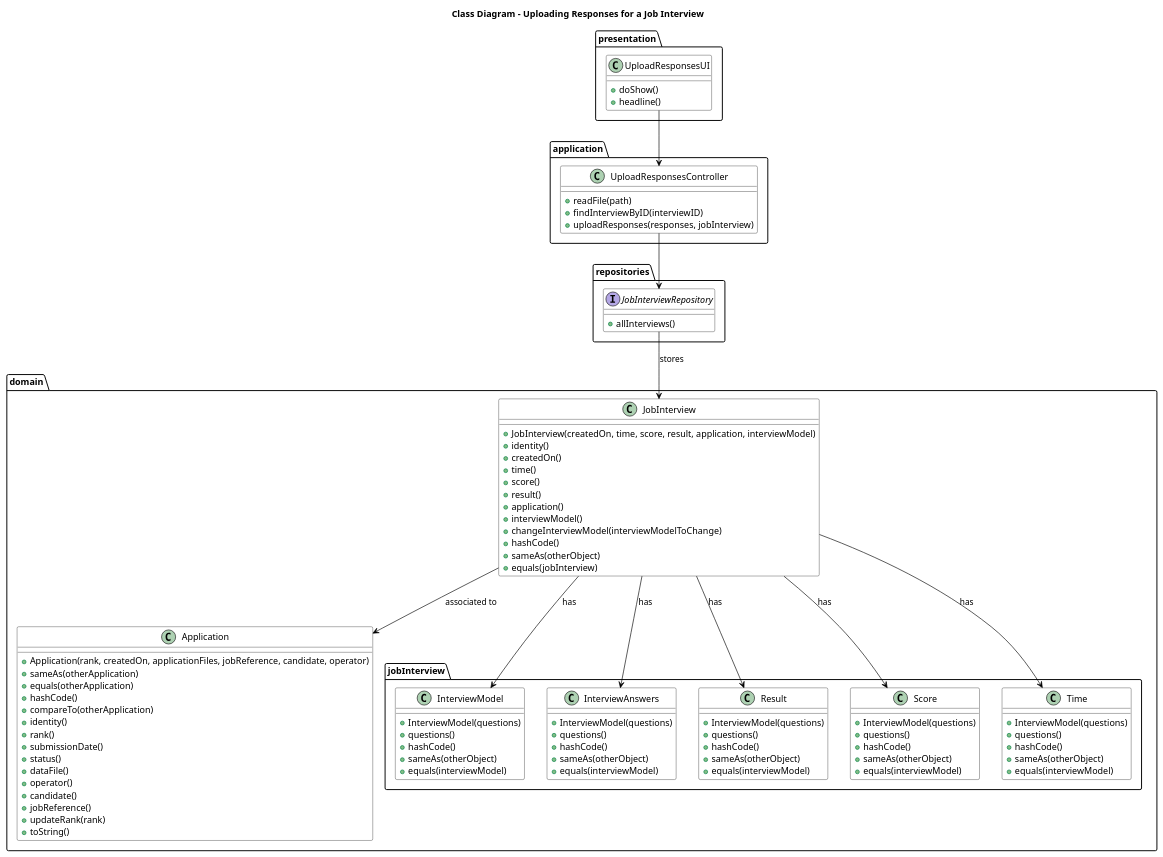
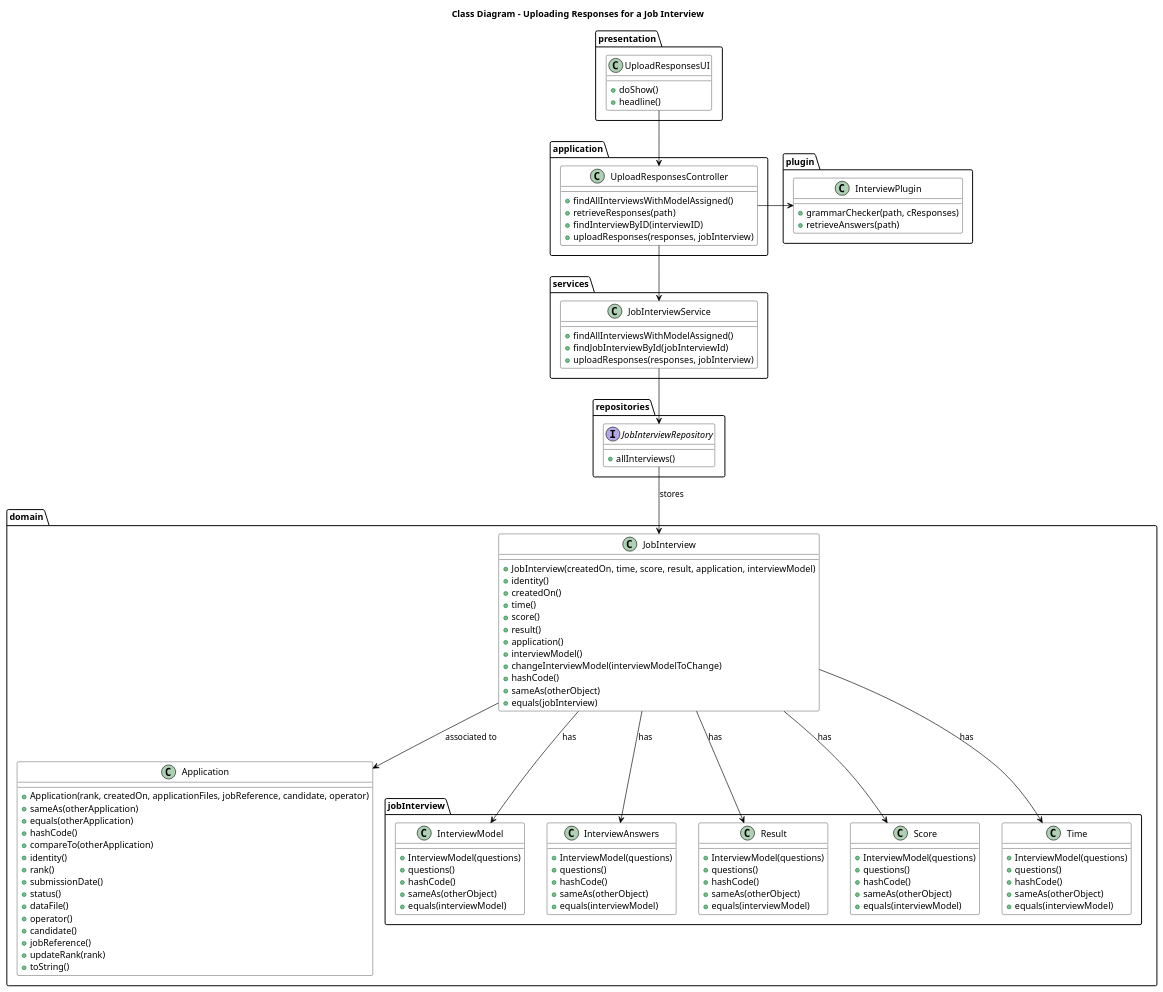
One commit to MiguelCardoso77/LAPR4 changed the diagram in docs/SprintC/6-upload-text-file-with-responses/class-diagram.puml. Above: the diagram before and after it, drawn with PlantUML. The commit also changed 3 other files, not shown here.

Commit message:
Updated Domain Model and Class Diagram #29

```diff
--- a/docs/SprintC/6-upload-text-file-with-responses/class-diagram.puml
+++ b/docs/SprintC/6-upload-text-file-with-responses/class-diagram.puml
@@ -1,123 +1,142 @@
 @startuml
 skinparam class {
     BackgroundColor White
     ArrowColor Black
     BorderColor Black
     FontColor Black
     FontSize 14
 }
 
 Title "Class Diagram - Uploading Responses for a Job Interview"
 
 package "presentation" {
     class UploadResponsesUI {
         + doShow()
         + headline()
     }
 }
 
 package "application" {
     class UploadResponsesController {
-        + readFile(path)
+        + findAllInterviewsWithModelAssigned()
+        + retrieveResponses(path)
         + findInterviewByID(interviewID)
+        + uploadResponses(responses, jobInterview)
+    }
+}
+
+package "plugin" {
+    class InterviewPlugin {
+        + grammarChecker(path, cResponses)
+        + retrieveAnswers(path)
+    }
+}
+
+package "services" {
+    class JobInterviewService {
+        + findAllInterviewsWithModelAssigned()
+        + findJobInterviewById(jobInterviewId)
         + uploadResponses(responses, jobInterview)
     }
 }
 
 package "repositories" {
     interface JobInterviewRepository {
         + allInterviews()
     }
 }
 
 package "domain" {
     class JobInterview {
         + JobInterview(createdOn, time, score, result, application, interviewModel)
         + identity()
         + createdOn()
         + time()
         + score()
         + result()
         + application()
         + interviewModel()
         + changeInterviewModel(interviewModelToChange)
         + hashCode()
         + sameAs(otherObject)
         + equals(jobInterview)
     }
 
     class Application {
             + Application(rank, createdOn, applicationFiles, jobReference, candidate, operator)
             + sameAs(otherApplication)
             + equals(otherApplication)
             + hashCode()
             + compareTo(otherApplication)
             + identity()
             + rank()
             + submissionDate()
             + status()
             + dataFile()
             + operator()
             + candidate()
             + jobReference()
             + updateRank(rank)
             + toString()
         }
 
     package "jobInterview" {
         class InterviewModel {
             + InterviewModel(questions)
             + questions()
             + hashCode()
             + sameAs(otherObject)
             + equals(interviewModel)
         }
 
         class InterviewAnswers {
             + InterviewModel(questions)
             + questions()
             + hashCode()
             + sameAs(otherObject)
             + equals(interviewModel)
         }
 
         class Result {
             + InterviewModel(questions)
             + questions()
             + hashCode()
             + sameAs(otherObject)
             + equals(interviewModel)
         }
 
         class Score {
             + InterviewModel(questions)
             + questions()
             + hashCode()
             + sameAs(otherObject)
             + equals(interviewModel)
         }
 
         class Time {
             + InterviewModel(questions)
             + questions()
             + hashCode()
             + sameAs(otherObject)
             + equals(interviewModel)
         }
     }
 }
 
 UploadResponsesUI --> UploadResponsesController
 
-UploadResponsesController --> JobInterviewRepository
+UploadResponsesController --> JobInterviewService
+UploadResponsesController -> InterviewPlugin
+
+JobInterviewService --> JobInterviewRepository
 
 JobInterviewRepository --> JobInterview : stores
 
 JobInterview --> Application : associated to
 JobInterview --> InterviewModel : has
 JobInterview --> InterviewAnswers : has
 JobInterview --> Result : has
 JobInterview --> Score : has
 JobInterview --> Time : has
 
 @enduml
```
